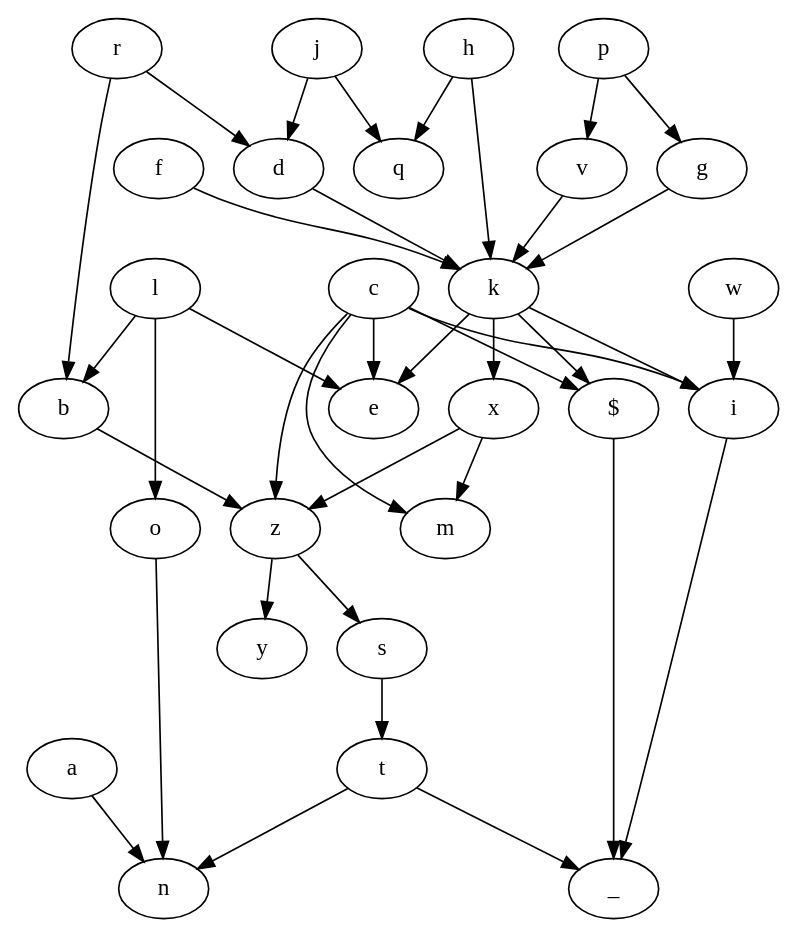
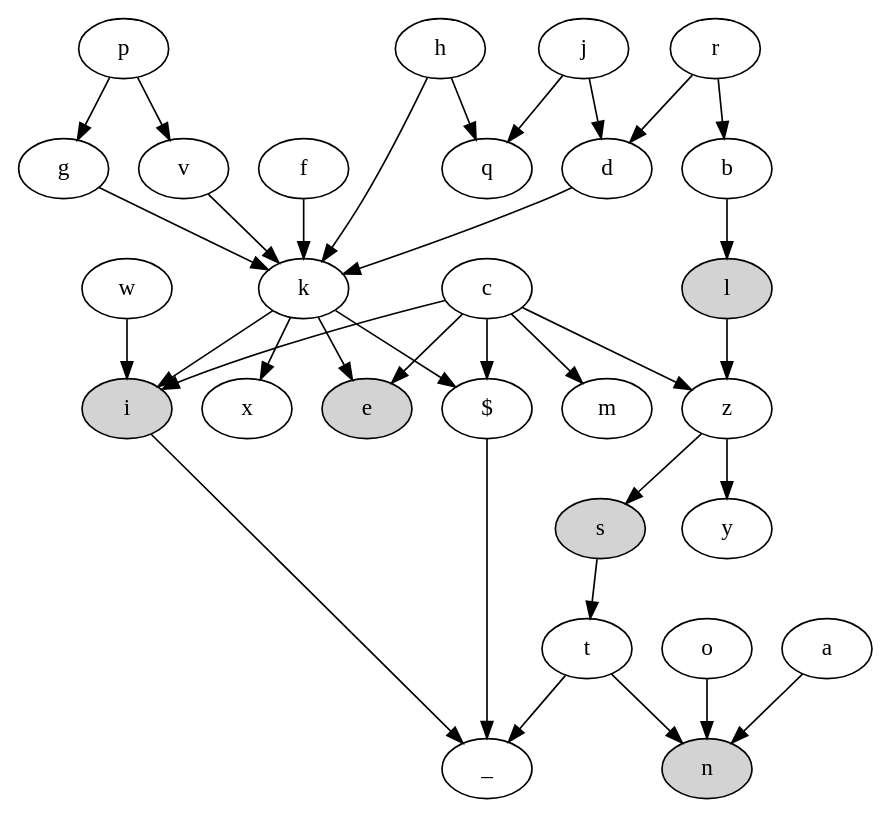
One commit to dovca/fp-js changed the diagram in dependencies.dot. Above: the diagram before and after it, drawn with Graphviz. The commit also changed 6 other files, not shown here.

```diff
--- a/dependencies.dot
+++ b/dependencies.dot
@@ -1,39 +1,42 @@
 digraph dependencies {
+
+    n [style=filled];
+    i [style=filled];
+    s [style=filled];
+    e [style=filled];
+    l [style=filled];
+
     "$" -> _;
     t -> n;
     t -> _;
     i -> _;
     w -> i;
     o -> n;
     a -> n;
     s -> t;
     z -> s;
     z -> y;
-    x -> m;
-    x -> z;
-    b -> z;
     c -> z;
     c -> e;
     c -> i;
     c -> "$";
     c -> m;
-    l -> b;
-    l -> o;
-    l -> e;
+    l -> z;
+    b -> l;
     k -> i;
     k -> "$";
     k -> e;
     k -> x;
     g -> k;
     v -> k;
     f -> k;
     p -> g;
     p -> v;
     d -> k;
     j -> d;
     j -> q;
     r -> d;
     r -> b;
     h -> k;
     h -> q;
 }
```
